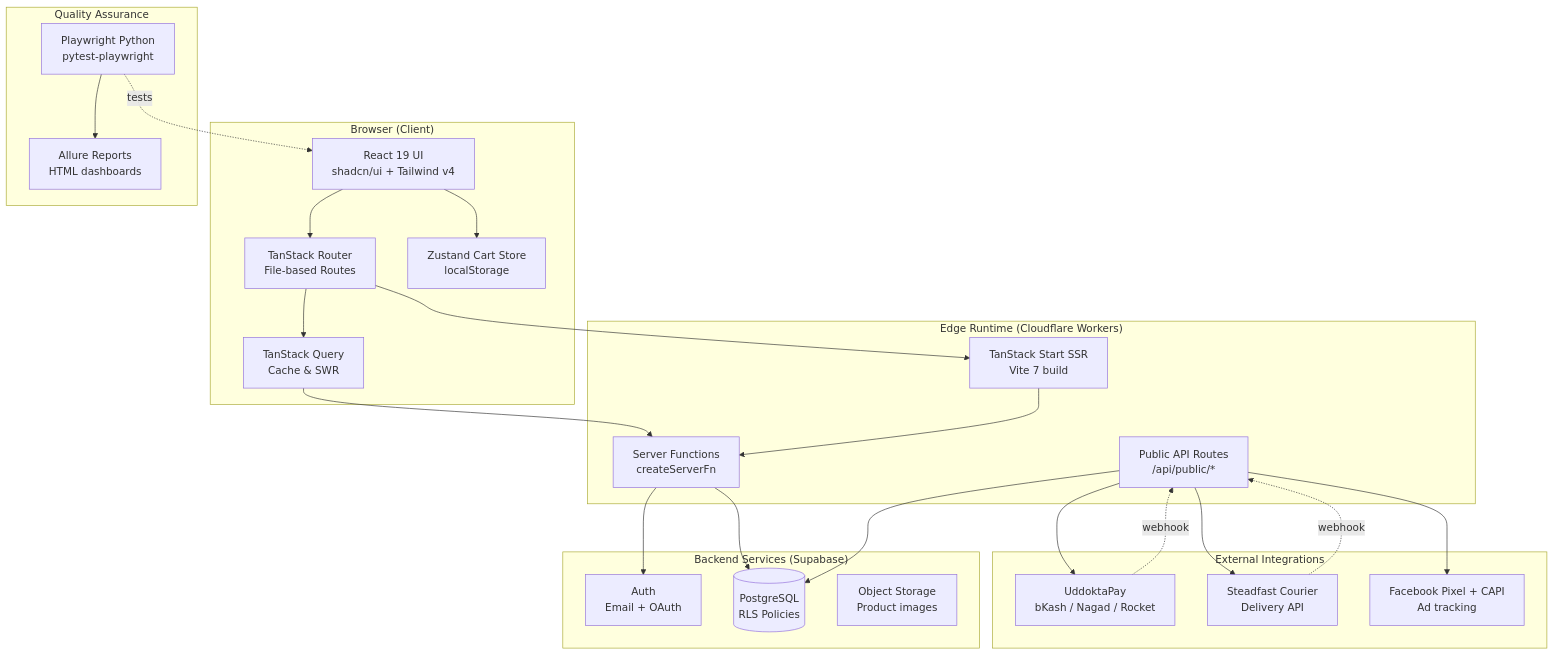
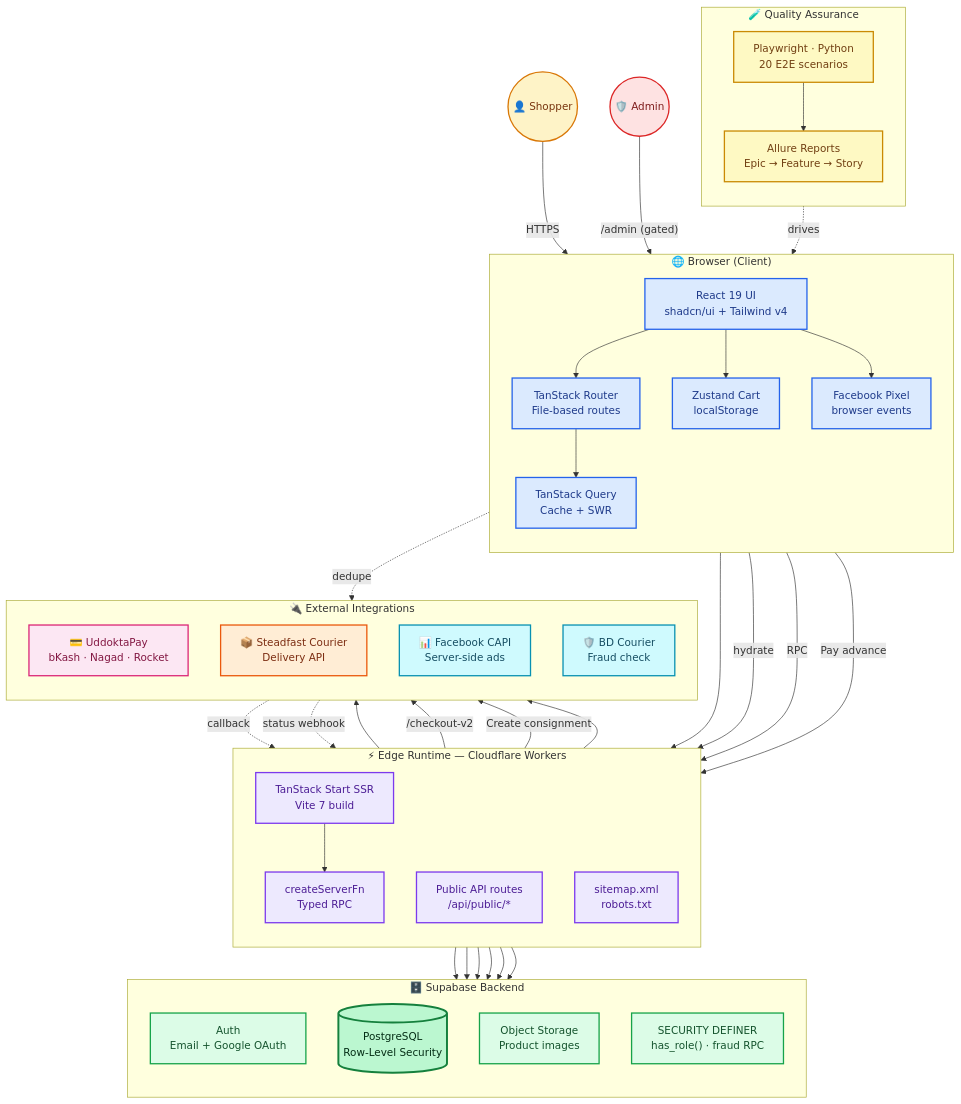
One commit to AvijitChowdhury/Medi-Care-Express-E-Commerce-Website-with-Playwright-Automated-E2E-Testing changed the first of 2 diagrams in README.md. Above: the diagram before and after it, drawn with Mermaid. The commit also changed other lines of this file, not shown here.

````diff
--- a/README.md
+++ b/README.md
@@ -106,49 +108,83 @@
 ```mermaid
 graph TB
-  subgraph Client["Browser (Client)"]
-    UI[React 19 UI<br/>shadcn/ui + Tailwind v4]
-    Router[TanStack Router<br/>File-based Routes]
-    Query[TanStack Query<br/>Cache & SWR]
-    Cart[Zustand Cart Store<br/>localStorage]
+  User((👤 Shopper)):::user
+  Admin((🛡️ Admin)):::admin
+
+  subgraph Client["🌐 Browser (Client)"]
+    direction TB
+    UI["React 19 UI<br/>shadcn/ui + Tailwind v4"]:::client
+    Router["TanStack Router<br/>File-based routes"]:::client
+    Query["TanStack Query<br/>Cache + SWR"]:::client
+    Cart["Zustand Cart<br/>localStorage"]:::client
+    Pixel["Facebook Pixel<br/>browser events"]:::client
   end
 
-  subgraph Edge["Edge Runtime (Cloudflare Workers)"]
-    SSR[TanStack Start SSR<br/>Vite 7 build]
-    ServerFns[Server Functions<br/>createServerFn]
-    APIRoutes[Public API Routes<br/>/api/public/*]
+  subgraph Edge["⚡ Edge Runtime — Cloudflare Workers"]
+    direction TB
+    SSR["TanStack Start SSR<br/>Vite 7 build"]:::edge
+    ServerFns["createServerFn<br/>Typed RPC"]:::edge
+    APIRoutes["Public API routes<br/>/api/public/*"]:::edge
+    Sitemap["sitemap.xml<br/>robots.txt"]:::edge
   end
 
-  subgraph Backend["Backend Services (Supabase)"]
-    Auth[Auth<br/>Email + OAuth]
-    DB[(PostgreSQL<br/>RLS Policies)]
-    Storage[Object Storage<br/>Product images]
+  subgraph Backend["🗄️ Supabase Backend"]
+    direction TB
+    Auth["Auth<br/>Email + Google OAuth"]:::backend
+    DB[("PostgreSQL<br/>Row-Level Security")]:::db
+    Storage["Object Storage<br/>Product images"]:::backend
+    RPC["SECURITY DEFINER<br/>has_role() · fraud RPC"]:::backend
   end
 
-  subgraph External["External Integrations"]
-    Uddokta[UddoktaPay<br/>bKash / Nagad / Rocket]
-    Steadfast[Steadfast Courier<br/>Delivery API]
-    FBP[Facebook Pixel + CAPI<br/>Ad tracking]
+  subgraph External["🔌 External Integrations"]
+    direction TB
+    Uddokta["💳 UddoktaPay<br/>bKash · Nagad · Rocket"]:::pay
+    Steadfast["📦 Steadfast Courier<br/>Delivery API"]:::ship
+    FBCAPI["📊 Facebook CAPI<br/>Server-side ads"]:::analytics
+    BDCourier["🛡️ BD Courier<br/>Fraud check"]:::analytics
   end
 
-  subgraph QA["Quality Assurance"]
-    PW[Playwright Python<br/>pytest-playwright]
-    Allure[Allure Reports<br/>HTML dashboards]
+  subgraph QA["🧪 Quality Assurance"]
+    direction TB
+    PW["Playwright · Python<br/>20 E2E scenarios"]:::qa
+    Allure["Allure Reports<br/>Epic → Feature → Story"]:::qa
   end
 
+  User -->|HTTPS| UI
+  Admin -->|"/admin (gated)"| UI
   UI --> Router --> Query
   UI --> Cart
-  Query --> ServerFns
+  UI --> Pixel
   Router --> SSR
+  Query -->|hydrate| SSR
   SSR --> ServerFns
+  Query -->|RPC| ServerFns
+  ServerFns --> Auth
   ServerFns --> DB
-  ServerFns --> Auth
-  APIRoutes --> Uddokta
-  APIRoutes --> Steadfast
-  APIRoutes --> FBP
+  ServerFns --> Storage
+  ServerFns --> RPC
+  ServerFns --> BDCourier
   APIRoutes --> DB
-  Uddokta -.webhook.-> APIRoutes
-  Steadfast -.webhook.-> APIRoutes
+  Sitemap --> DB
 
-  PW -.tests.-> UI
+  UI -->|"Pay advance"| APIRoutes
+  APIRoutes -->|"/checkout-v2"| Uddokta
+  Uddokta -.callback.-> APIRoutes
+  APIRoutes -->|"Create consignment"| Steadfast
+  Steadfast -.status webhook.-> APIRoutes
+  Pixel -.dedupe.-> FBCAPI
+  APIRoutes --> FBCAPI
+
+  PW -.drives.-> UI
   PW --> Allure
+
+  classDef user fill:#fef3c7,stroke:#d97706,stroke-width:2px,color:#78350f
+  classDef admin fill:#fee2e2,stroke:#dc2626,stroke-width:2px,color:#7f1d1d
+  classDef client fill:#dbeafe,stroke:#2563eb,stroke-width:2px,color:#1e3a8a
+  classDef edge fill:#ede9fe,stroke:#7c3aed,stroke-width:2px,color:#4c1d95
+  classDef backend fill:#dcfce7,stroke:#16a34a,stroke-width:2px,color:#14532d
+  classDef db fill:#bbf7d0,stroke:#15803d,stroke-width:3px,color:#052e16
+  classDef pay fill:#fce7f3,stroke:#db2777,stroke-width:2px,color:#831843
+  classDef ship fill:#ffedd5,stroke:#ea580c,stroke-width:2px,color:#7c2d12
+  classDef analytics fill:#cffafe,stroke:#0891b2,stroke-width:2px,color:#164e63
+  classDef qa fill:#fef9c3,stroke:#ca8a04,stroke-width:2px,color:#713f12
 ```
````
